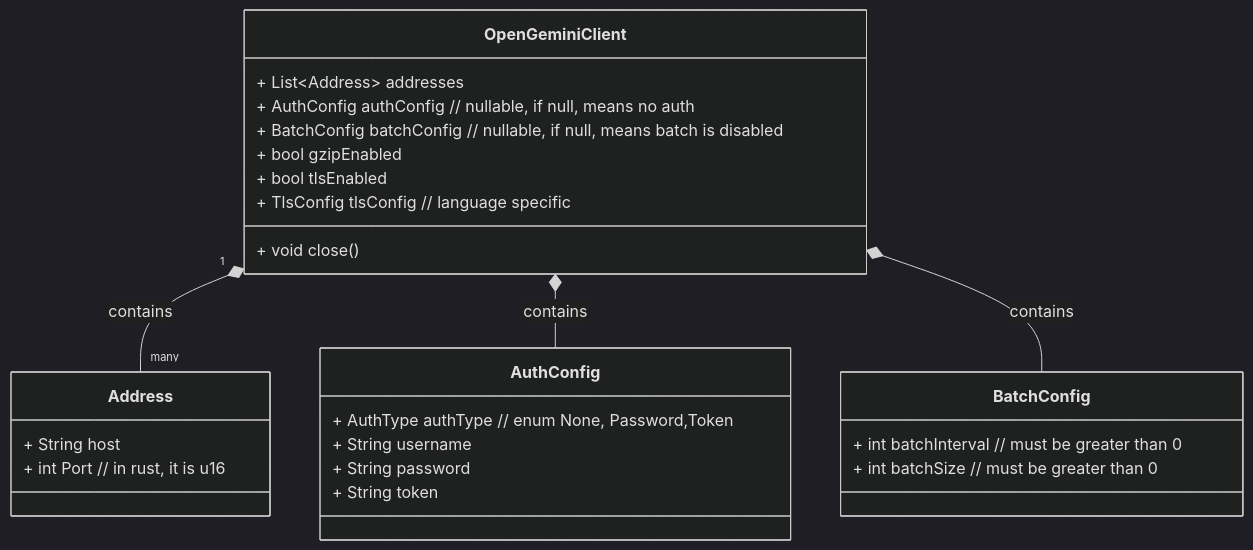
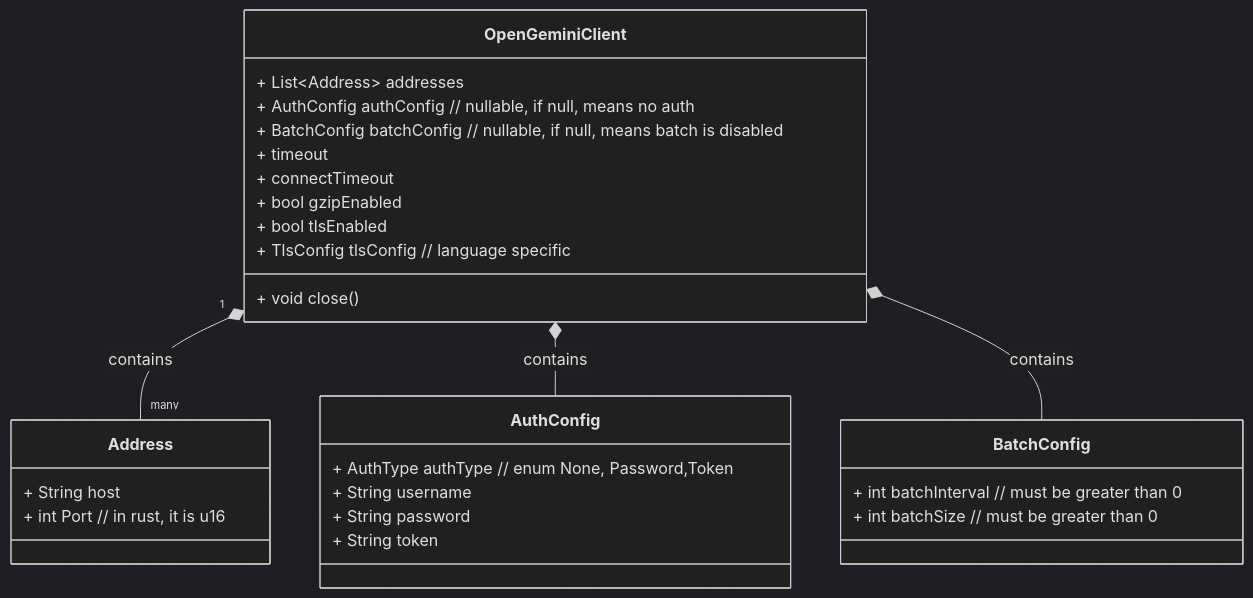
Before and after one commit to hezhangjian/hezhangjian.github.io: the first of 8 diagrams in source/_posts/opengemini/opengemini-sdk-design.md, drawn with Mermaid (dark theme). The commit also changed other lines of this file and 10 other files, not shown here.

````diff
--- a/source/_posts/opengemini/opengemini-sdk-design.md
+++ b/source/_posts/opengemini/opengemini-sdk-design.md
@@ -26,33 +26,35 @@
 ```mermaid
 classDiagram
     class OpenGeminiClient {
         + List~Address~ addresses
         + AuthConfig authConfig // nullable, if null, means no auth
         + BatchConfig batchConfig // nullable, if null, means batch is disabled
+        + timeout
+        + connectTimeout
         + bool gzipEnabled
         + bool tlsEnabled
         + TlsConfig tlsConfig // language specific
         + void close()
     }
     
     class Address {
         + String host
         + int Port // in rust, it is u16
     }
     
     class AuthConfig {
         + AuthType authType // enum None, Password,Token
         + String username
         + String password
         + String token
     }
     
     class BatchConfig {
         + int batchInterval // must be greater than 0
         + int batchSize // must be greater than 0
     }
 
     OpenGeminiClient "1" *-- "many" Address : contains
     OpenGeminiClient *-- AuthConfig : contains
     OpenGeminiClient *-- BatchConfig : contains
 ```
````
